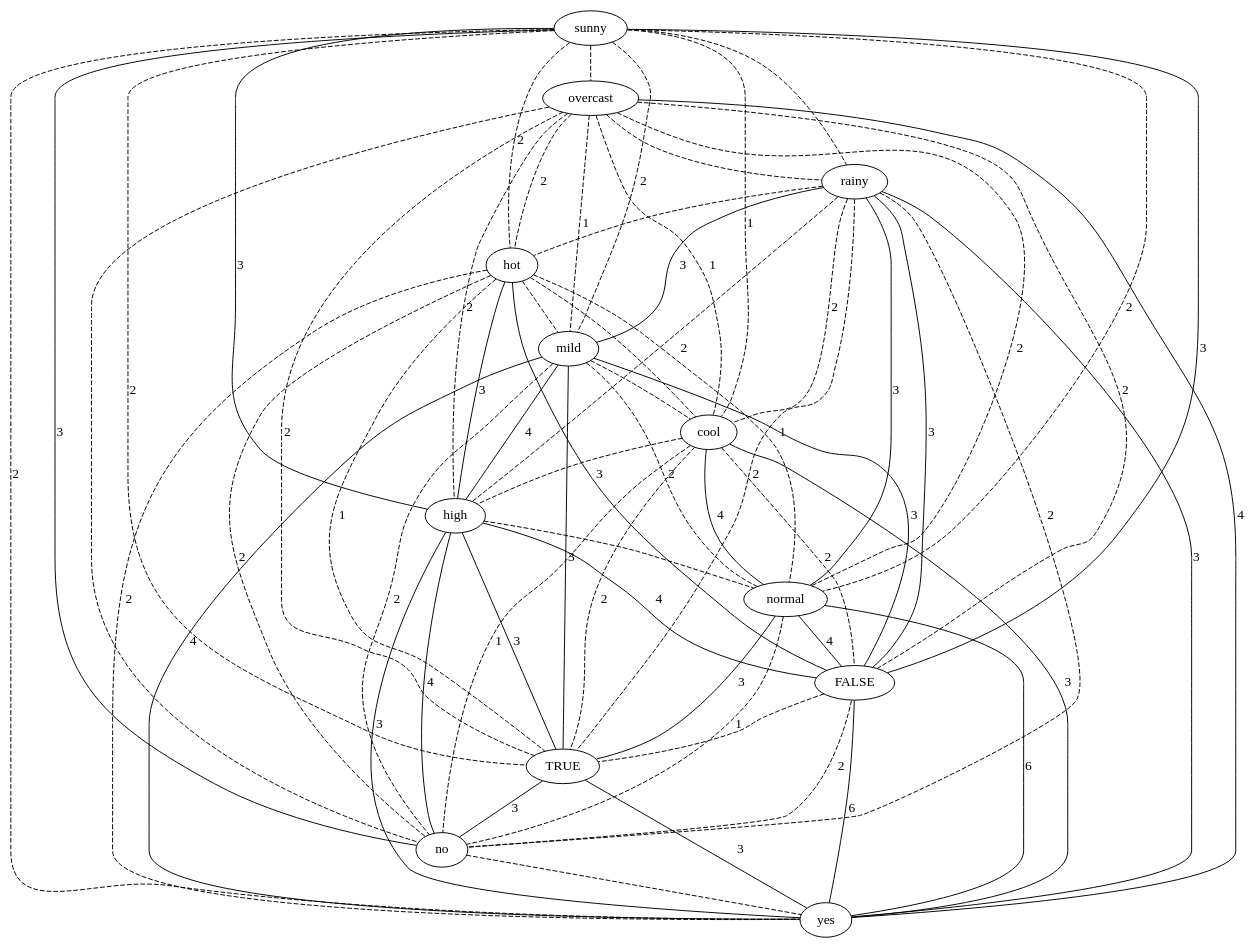
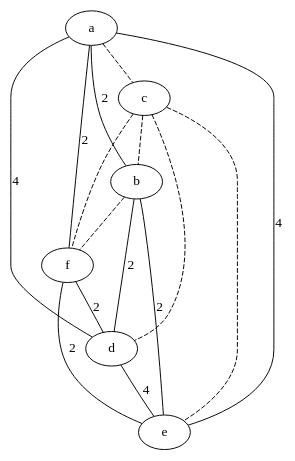
The diagram in src/final/plainGraph_with_threshold.dot (lrodrin/TFG), drawn with Graphviz before and after one commit. The commit also changed 9 other files, not shown here.

```diff
--- a/src/final/plainGraph_with_threshold.dot
+++ b/src/final/plainGraph_with_threshold.dot
@@ -1,80 +1,23 @@
 strict graph "" {
-sunny;
-overcast;
-rainy;
-hot;
-mild;
-cool;
-high;
-normal;
-FALSE;
-TRUE;
-no;
-yes;
-sunny -- overcast  [color=black, style=dashed];
-sunny -- rainy  [color=black, style=dashed];
-sunny -- hot  [color=black, label=2, style=dashed];
-sunny -- mild  [color=black, label=2, style=dashed];
-sunny -- cool  [color=black, label=1, style=dashed];
-sunny -- high  [color=black, label=3, style=solid];
-sunny -- normal  [color=black, label=2, style=dashed];
-sunny -- FALSE  [color=black, label=3, style=solid];
-sunny -- TRUE  [color=black, label=2, style=dashed];
-sunny -- no  [color=black, label=3, style=solid];
-sunny -- yes  [color=black, label=2, style=dashed];
-overcast -- rainy  [color=black, style=dashed];
-overcast -- hot  [color=black, label=2, style=dashed];
-overcast -- mild  [color=black, label=1, style=dashed];
-overcast -- cool  [color=black, label=1, style=dashed];
-overcast -- high  [color=black, label=2, style=dashed];
-overcast -- normal  [color=black, label=2, style=dashed];
-overcast -- FALSE  [color=black, label=2, style=dashed];
-overcast -- TRUE  [color=black, label=2, style=dashed];
-overcast -- no  [color=black, style=dashed];
-overcast -- yes  [color=black, label=4, style=solid];
-rainy -- hot  [color=black, style=dashed];
-rainy -- mild  [color=black, label=3, style=solid];
-rainy -- cool  [color=black, label=2, style=dashed];
-rainy -- high  [color=black, label=2, style=dashed];
-rainy -- normal  [color=black, label=3, style=solid];
-rainy -- FALSE  [color=black, label=3, style=solid];
-rainy -- TRUE  [color=black, label=2, style=dashed];
-rainy -- no  [color=black, label=2, style=dashed];
-rainy -- yes  [color=black, label=3, style=solid];
-hot -- mild  [color=black, style=dashed];
-hot -- cool  [color=black, style=dashed];
-hot -- high  [color=black, label=3, style=solid];
-hot -- normal  [color=black, label=1, style=dashed];
-hot -- FALSE  [color=black, label=3, style=solid];
-hot -- TRUE  [color=black, label=1, style=dashed];
-hot -- no  [color=black, label=2, style=dashed];
-hot -- yes  [color=black, label=2, style=dashed];
-mild -- cool  [color=black, style=dashed];
-mild -- high  [color=black, label=4, style=solid];
-mild -- normal  [color=black, label=2, style=dashed];
-mild -- FALSE  [color=black, label=3, style=solid];
-mild -- TRUE  [color=black, label=3, style=solid];
-mild -- no  [color=black, label=2, style=dashed];
-mild -- yes  [color=black, label=4, style=solid];
-cool -- high  [color=black, style=dashed];
-cool -- normal  [color=black, label=4, style=solid];
-cool -- FALSE  [color=black, label=2, style=dashed];
-cool -- TRUE  [color=black, label=2, style=dashed];
-cool -- no  [color=black, label=1, style=dashed];
-cool -- yes  [color=black, label=3, style=solid];
-high -- normal  [color=black, style=dashed];
-high -- FALSE  [color=black, label=4, style=solid];
-high -- TRUE  [color=black, label=3, style=solid];
-high -- no  [color=black, label=4, style=solid];
-high -- yes  [color=black, label=3, style=solid];
-normal -- FALSE  [color=black, label=4, style=solid];
-normal -- TRUE  [color=black, label=3, style=solid];
-normal -- no  [color=black, label=1, style=dashed];
-normal -- yes  [color=black, label=6, style=solid];
-FALSE -- TRUE  [color=black, style=dashed];
-FALSE -- no  [color=black, label=2, style=dashed];
-FALSE -- yes  [color=black, label=6, style=solid];
-TRUE -- no  [color=black, label=3, style=solid];
-TRUE -- yes  [color=black, label=3, style=solid];
-no -- yes  [color=black, style=dashed];
+a;
+c;
+b;
+f;
+d;
+e;
+a -- c  [color=black, style=dashed];
+a -- b  [color=black, label=2, style=solid];
+a -- f  [color=black, label=2, style=solid];
+a -- d  [color=black, label=4, style=solid];
+a -- e  [color=black, label=4, style=solid];
+c -- b  [color=black, style=dashed];
+c -- f  [color=black, style=dashed];
+c -- d  [color=black, style=dashed];
+c -- e  [color=black, style=dashed];
+b -- f  [color=black, style=dashed];
+b -- d  [color=black, label=2, style=solid];
+b -- e  [color=black, label=2, style=solid];
+f -- d  [color=black, label=2, style=solid];
+f -- e  [color=black, label=2, style=solid];
+d -- e  [color=black, label=4, style=solid];
 }
```
